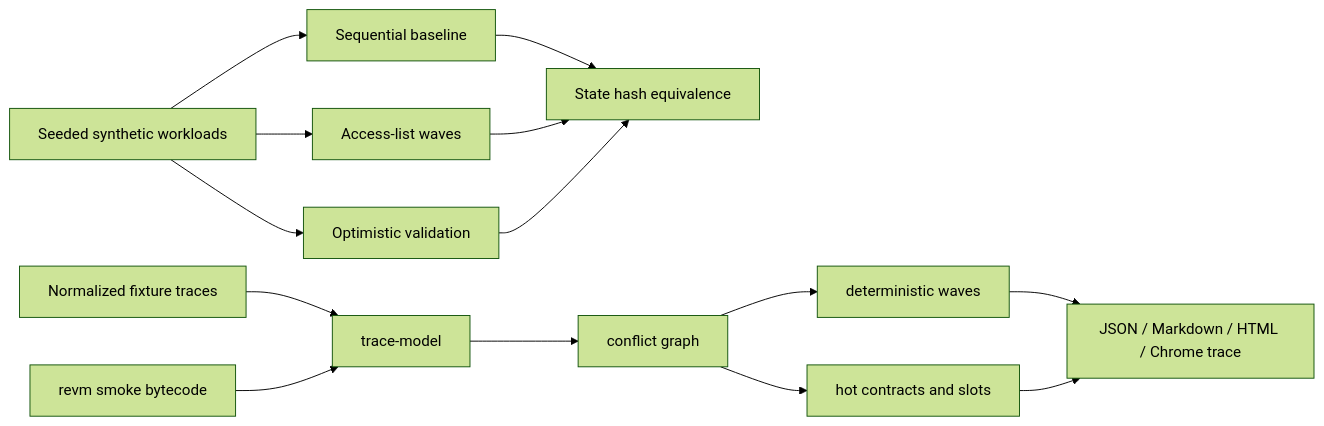
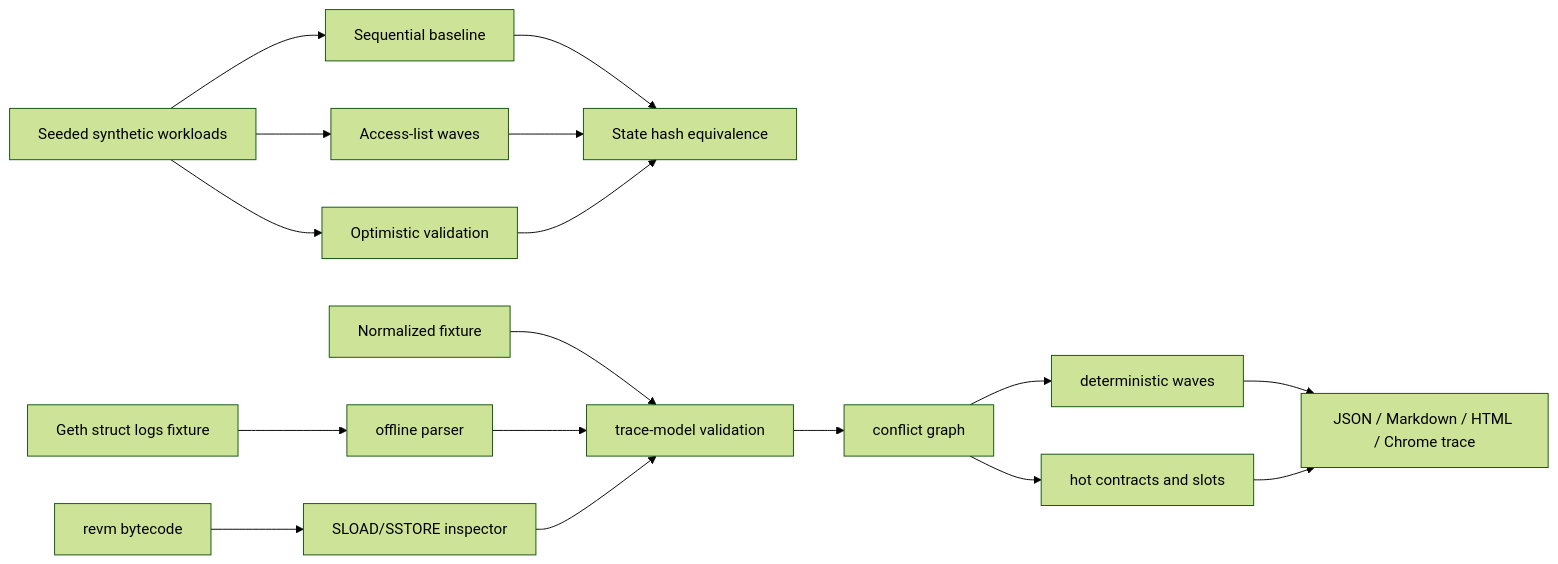
The diagram in README.md (CruzMolina/parallel-revm-lab), drawn with Mermaid (forest theme) before and after one commit. The commit also changed other lines of this file and 27 other files, not shown here.

````diff
--- a/README.md
+++ b/README.md
@@ -109,17 +112,20 @@
 ```mermaid
 flowchart LR
     W["Seeded synthetic workloads"] --> S["Sequential baseline"]
     W --> A["Access-list waves"]
     W --> O["Optimistic validation"]
     S --> H["State hash equivalence"]
     A --> H
     O --> H
 
-    F["Normalized fixture traces"] --> M["trace-model"]
-    R["revm smoke bytecode"] --> M
-    M --> G["conflict graph"]
-    G --> V["deterministic waves"]
-    G --> P["hot contracts and slots"]
+    N["Normalized fixture"] --> M["trace-model validation"]
+    G["Geth struct logs fixture"] --> P["offline parser"]
+    R["revm bytecode"] --> I["SLOAD/SSTORE inspector"]
+    P --> M
+    I --> M
+    M --> C["conflict graph"]
+    C --> V["deterministic waves"]
+    C --> T["hot contracts and slots"]
     V --> Q["JSON / Markdown / HTML / Chrome trace"]
-    P --> Q
+    T --> Q
 ```
````
